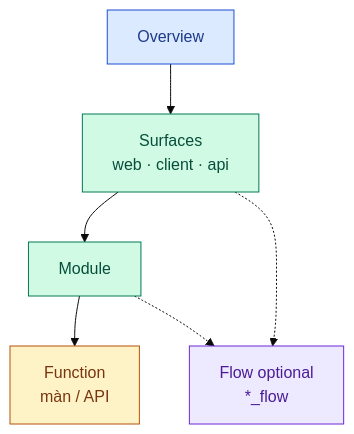
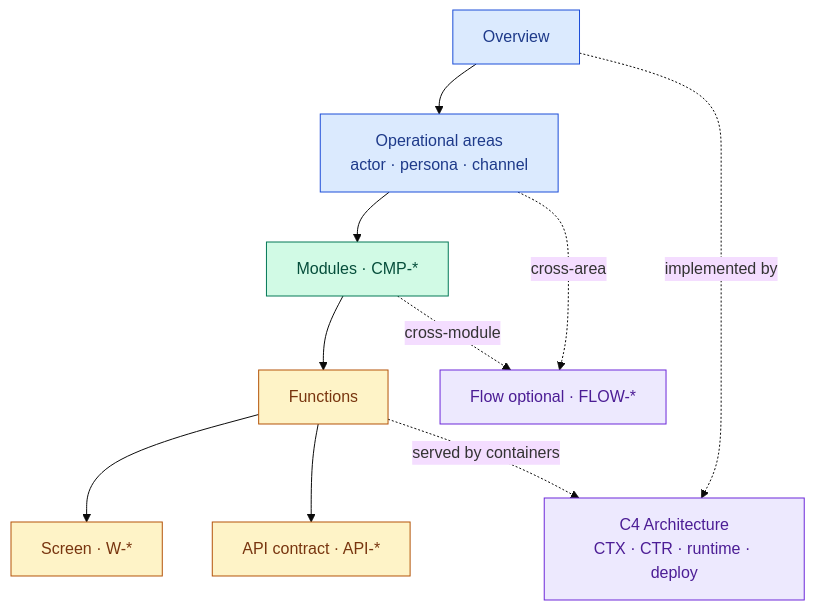
The third of 4 diagrams in platform/guide/start-now.md (raintr91/base_docs), drawn with Mermaid (base theme) before and after one commit. The commit also changed other lines of this file and 48 other files, not shown here.

````diff
--- a/platform/guide/start-now.md
+++ b/platform/guide/start-now.md
@@ -42,22 +135,30 @@
 ```mermaid
 flowchart TB
   O["Overview"]
-  S["Surfaces\nweb · client · api"]
-  M["Module"]
-  F["Function\nmàn / API"]
-  FL["Flow optional\n*_flow"]
-  O --> S
-  S --> M
+  OA["Operational areas<br/>actor · persona · channel"]
+  M["Modules · CMP-*"]
+  F["Functions"]
+  W["Screen · W-*"]
+  A["API contract · API-*"]
+  FL["Flow optional · FLOW-*"]
+  C4["C4 Architecture<br/>CTX · CTR · runtime · deploy"]
+
+  O --> OA
+  OA --> M
   M --> F
-  S -.-> FL
-  M -.-> FL
+  F --> W
+  F --> A
+  OA -. "cross-area" .-> FL
+  M -. "cross-module" .-> FL
+  O -. "implemented by" .-> C4
+  F -. "served by containers" .-> C4
 
-  classDef a fill:#DBEAFE,stroke:#1D4ED8,color:#1E3A8A
-  classDef b fill:#D1FAE5,stroke:#047857,color:#064E3B
-  classDef c fill:#FEF3C7,stroke:#B45309,color:#78350F
-  classDef f fill:#EDE9FE,stroke:#6D28D9,color:#4C1D95
-  class O a
-  class S,M b
-  class F c
-  class FL f
+  classDef context fill:#DBEAFE,stroke:#1D4ED8,color:#1E3A8A
+  classDef product fill:#D1FAE5,stroke:#047857,color:#064E3B
+  classDef detail fill:#FEF3C7,stroke:#B45309,color:#78350F
+  classDef flow fill:#EDE9FE,stroke:#6D28D9,color:#4C1D95
+  class O,OA context
+  class M product
+  class F,W,A detail
+  class FL,C4 flow
 ```
````
